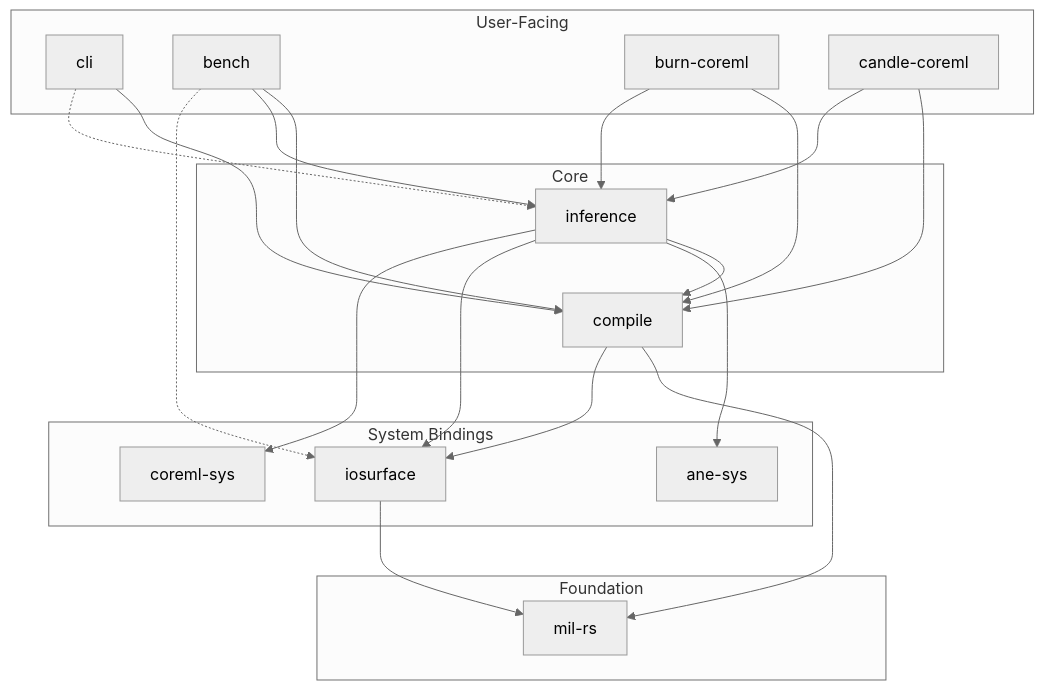
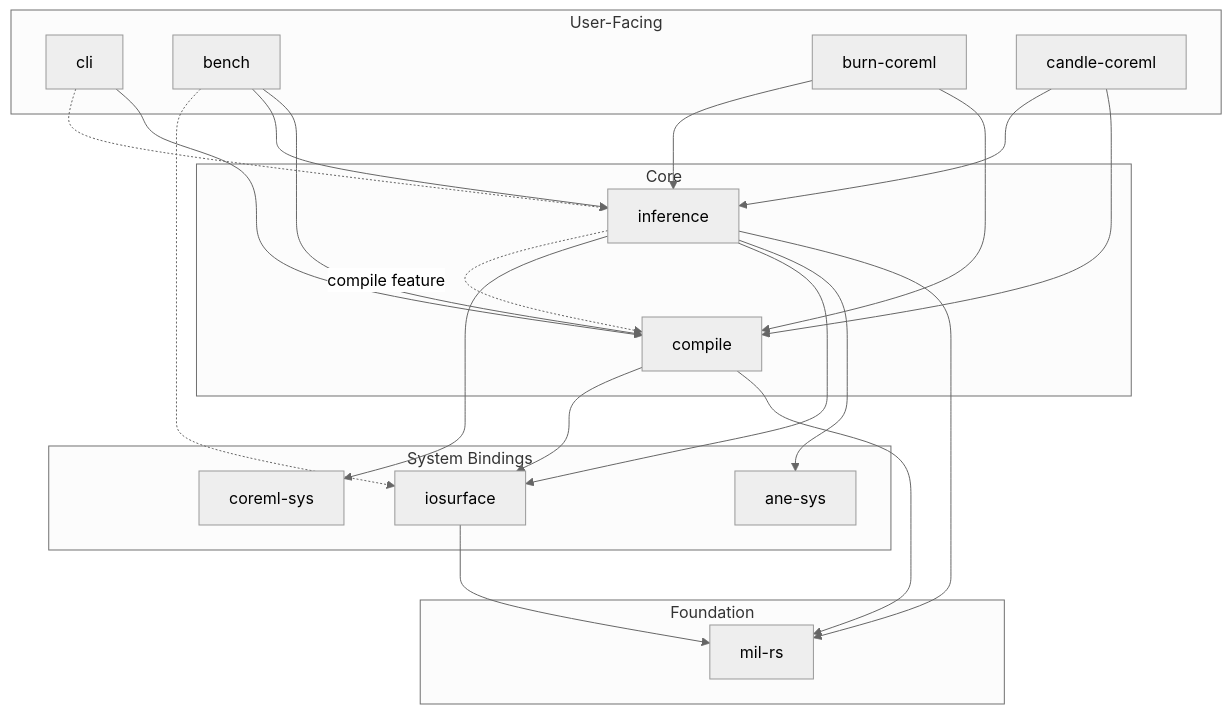
One commit to jafreck/ironmill changed the second of 2 diagrams in README.md. Above: the diagram before and after it, drawn with Mermaid (neutral theme). The commit also changed 3 other files, not shown here.

First line of the commit message:
feat: update CLI and README for compile/inference separation

````diff
--- a/README.md
+++ b/README.md
@@ -146,47 +146,48 @@
 ```mermaid
 graph TD
     subgraph User-Facing
         cli["cli"]
         bench["bench"]
         burn["burn-coreml"]
         candle["candle-coreml"]
     end
 
     subgraph Core
         compile["compile"]
         inference["inference"]
     end
 
     subgraph System Bindings
         ane["ane-sys"]
         ios["iosurface"]
         coremlsys["coreml-sys"]
     end
 
     subgraph Foundation
         mil["mil-rs"]
     end
 
     cli --> compile
     cli -.-> inference
 
     bench --> compile
     bench --> inference
     bench -.-> ios
 
     burn --> compile
     burn --> inference
 
     candle --> compile
     candle --> inference
 
-    inference --> compile
+    compile --> mil
+    compile --> ios
+
+    inference --> mil
     inference --> ane
     inference --> ios
     inference --> coremlsys
-
-    compile --> mil
-    compile --> ios
+    inference -.->|"compile" feature| compile
 
     ios --> mil
 ```
````
